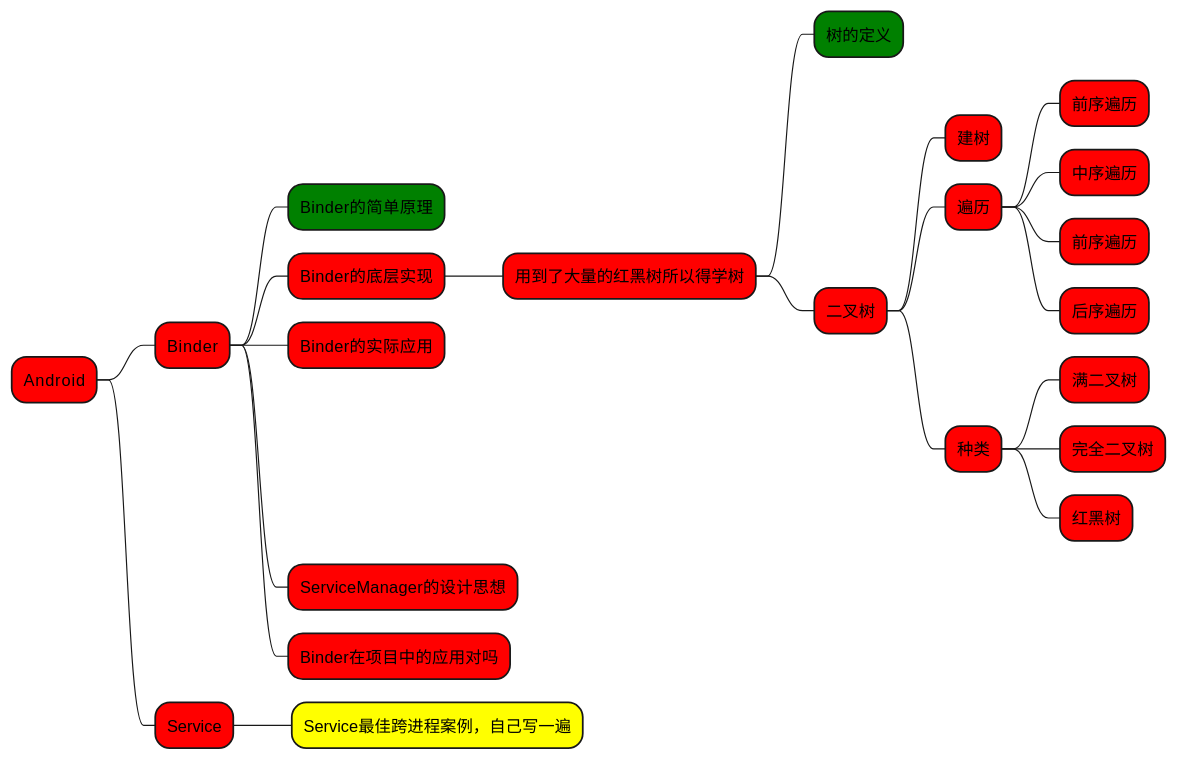
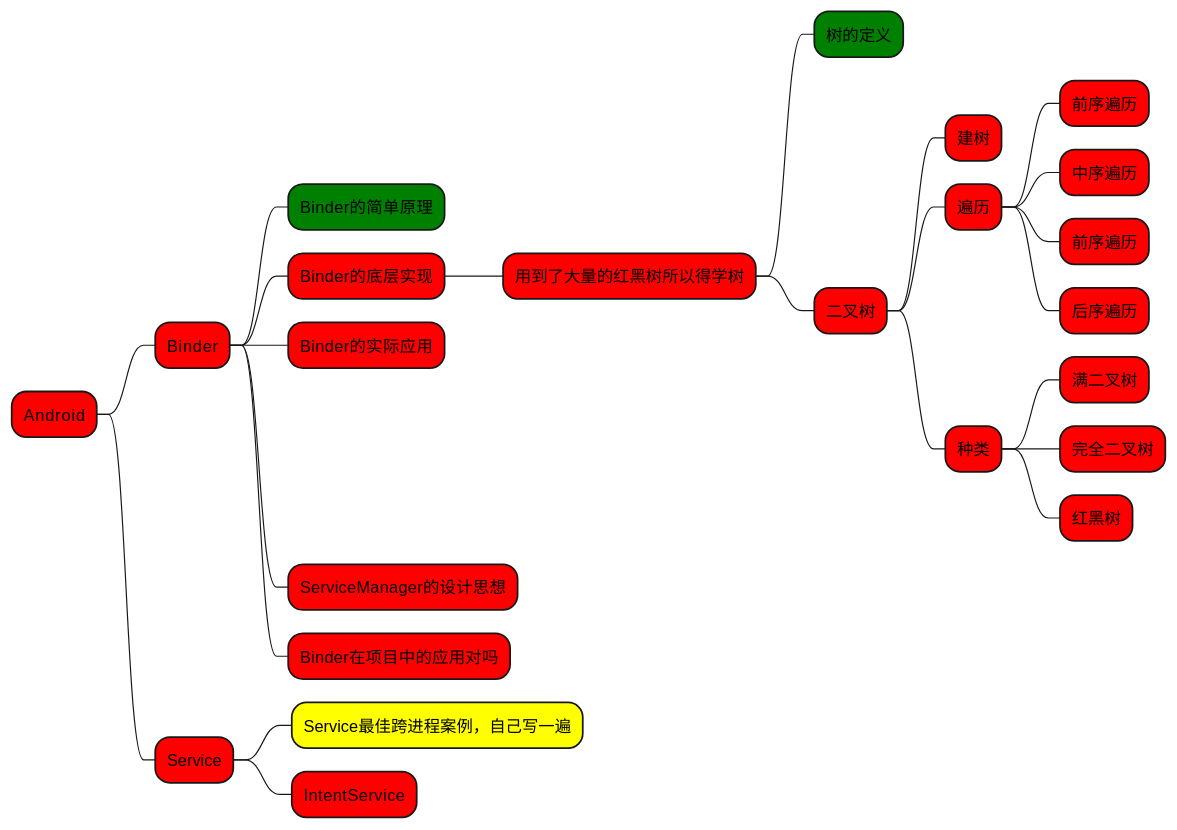
One commit to caoyali/BooksCodeDemo changed the first of 4 diagrams in personal_planning/学习网络.md. Above: the diagram before and after it, drawn with PlantUML. The commit also changed 13 other files, not shown here.

````diff
--- a/personal_planning/学习网络.md
+++ b/personal_planning/学习网络.md
@@ -1,26 +1,27 @@
 ```puml
 @startmindmap 
 *[#red] Android
  *[#red] Binder
   *[#green] Binder的简单原理
   *[#red] Binder的底层实现
    *[#red] 用到了大量的红黑树所以得学树
     *[#green] 树的定义
     *[#red] 二叉树
      *[#red] 建树
      *[#red] 遍历
       *[#red] 前序遍历
       *[#red] 中序遍历
       *[#red] 前序遍历
       *[#red] 后序遍历
      *[#red] 种类
       *[#red] 满二叉树
       *[#red] 完全二叉树
       *[#red] 红黑树
   *[#red] Binder的实际应用
   *[#red] ServiceManager的设计思想
   *[#red] Binder在项目中的应用对吗
  *[#red] Service
   *[#yellow] Service最佳跨进程案例，自己写一遍
+  *[#red] IntentService
 @endmindmap
 ```
````
